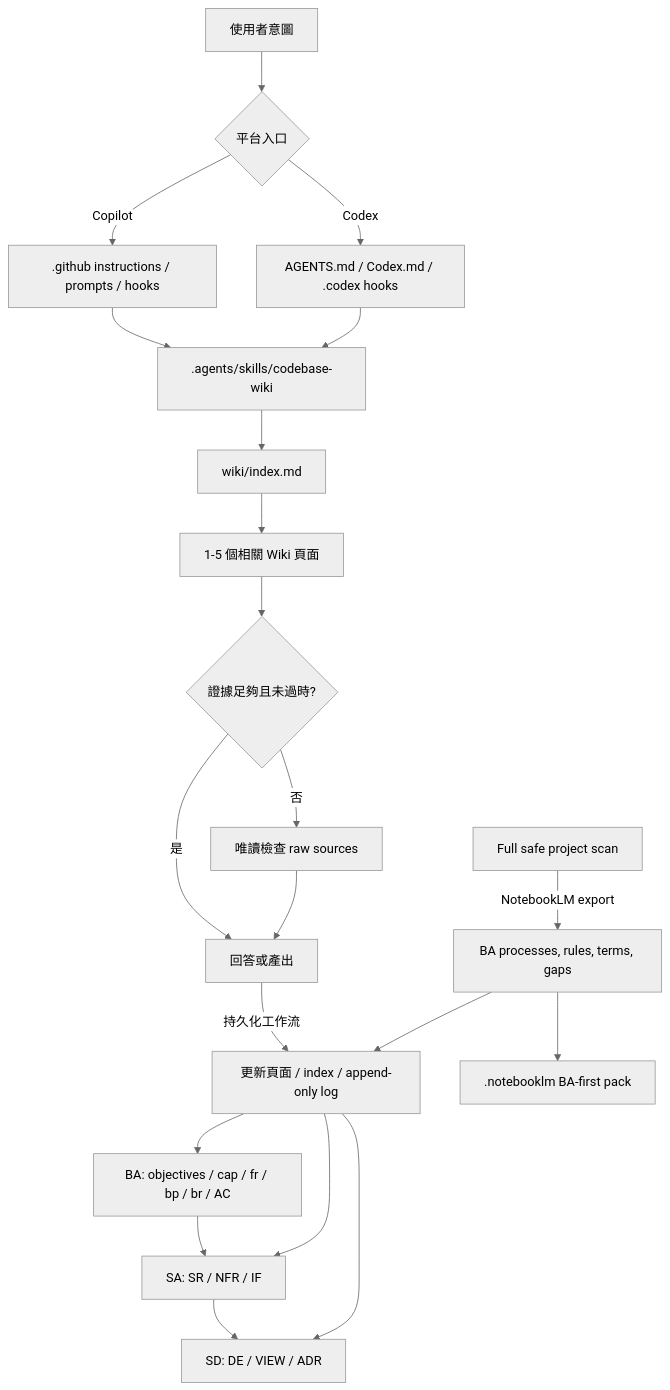
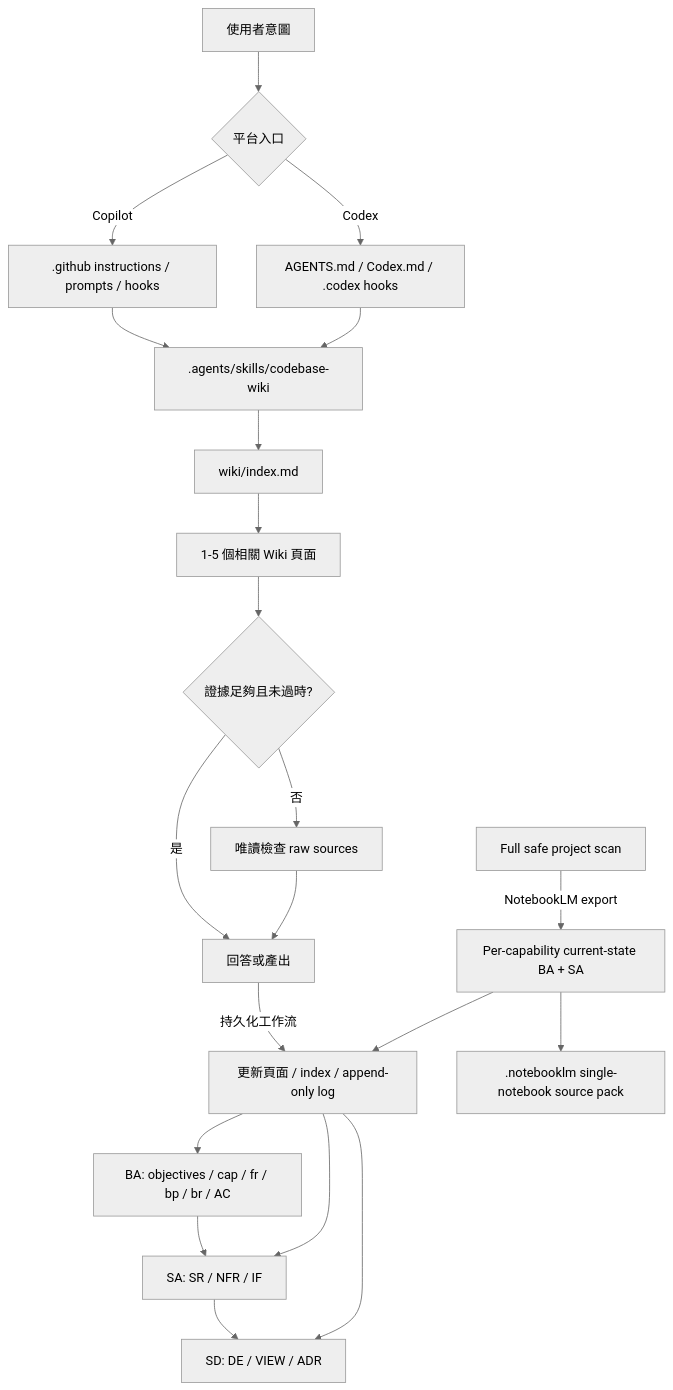
The diagram in docs/architecture/README.md (dennis8499/code-base-llm-wiki), drawn with Mermaid (neutral theme) before and after one commit. The commit also changed other lines of this file and 85 other files, not shown here.

````diff
--- a/docs/architecture/README.md
+++ b/docs/architecture/README.md
@@ -13,23 +13,23 @@
 ```mermaid
 flowchart TB
     User[使用者意圖] --> Entry{平台入口}
     Entry -->|Copilot| GH[.github instructions / prompts / hooks]
     Entry -->|Codex| CX[AGENTS.md / Codex.md / .codex hooks]
     GH --> Skill[.agents/skills/codebase-wiki]
     CX --> Skill
     Skill --> Index[wiki/index.md]
     Index --> Pages[1-5 個相關 Wiki 頁面]
     Pages --> Enough{證據足夠且未過時?}
     Enough -->|是| Result[回答或產出]
     Enough -->|否| Sources[唯讀檢查 raw sources]
     Sources --> Result
     Result -->|持久化工作流| Wiki[更新頁面 / index / append-only log]
     BA[BA: objectives / cap / fr / bp / br / AC] --> SA[SA: SR / NFR / IF]
     SA --> SD[SD: DE / VIEW / ADR]
     Wiki --> BA
     Wiki --> SA
     Wiki --> SD
-    Project[Full safe project scan] -->|NotebookLM export| Docs[BA processes, rules, terms, gaps]
+    Project[Full safe project scan] -->|NotebookLM export| Docs[Per-capability current-state BA + SA]
     Docs --> Wiki
-    Docs --> Pack[.notebooklm BA-first pack]
+    Docs --> Pack[.notebooklm single-notebook source pack]
 ```
````
